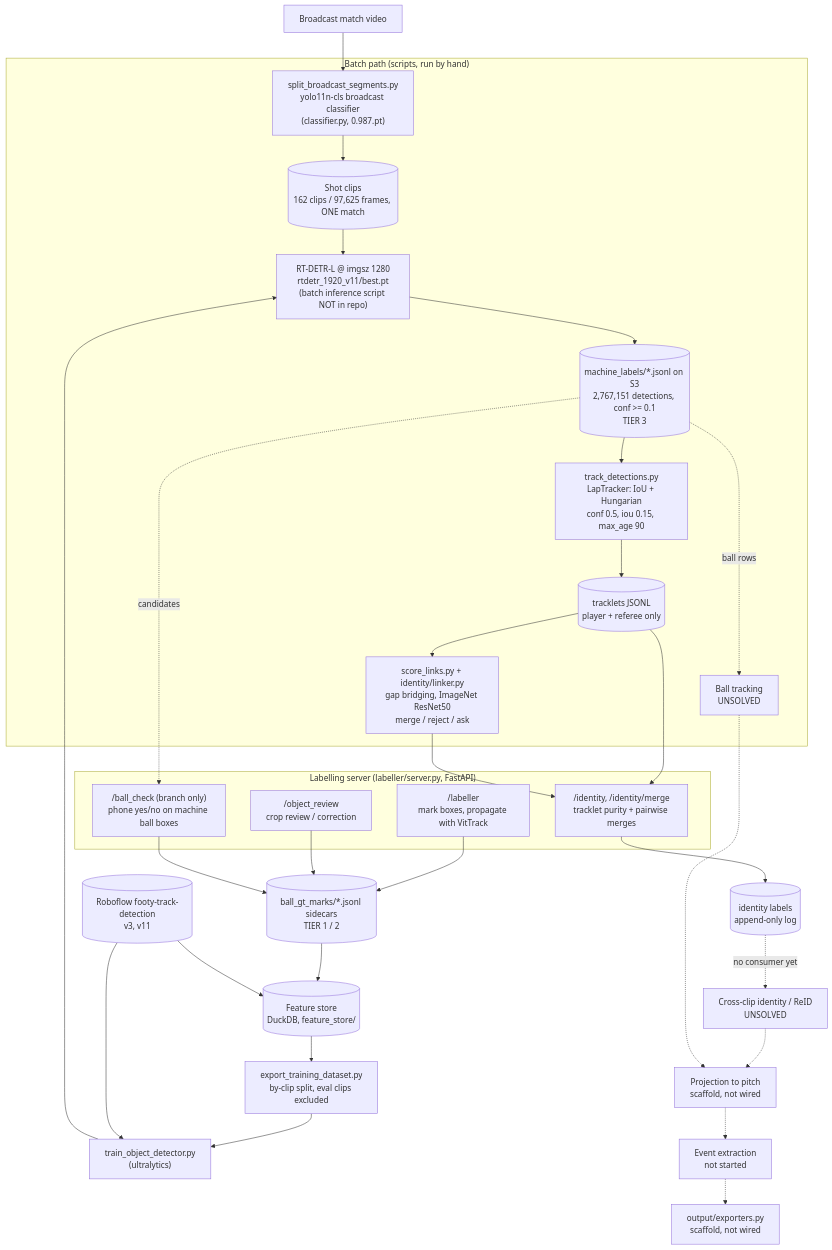
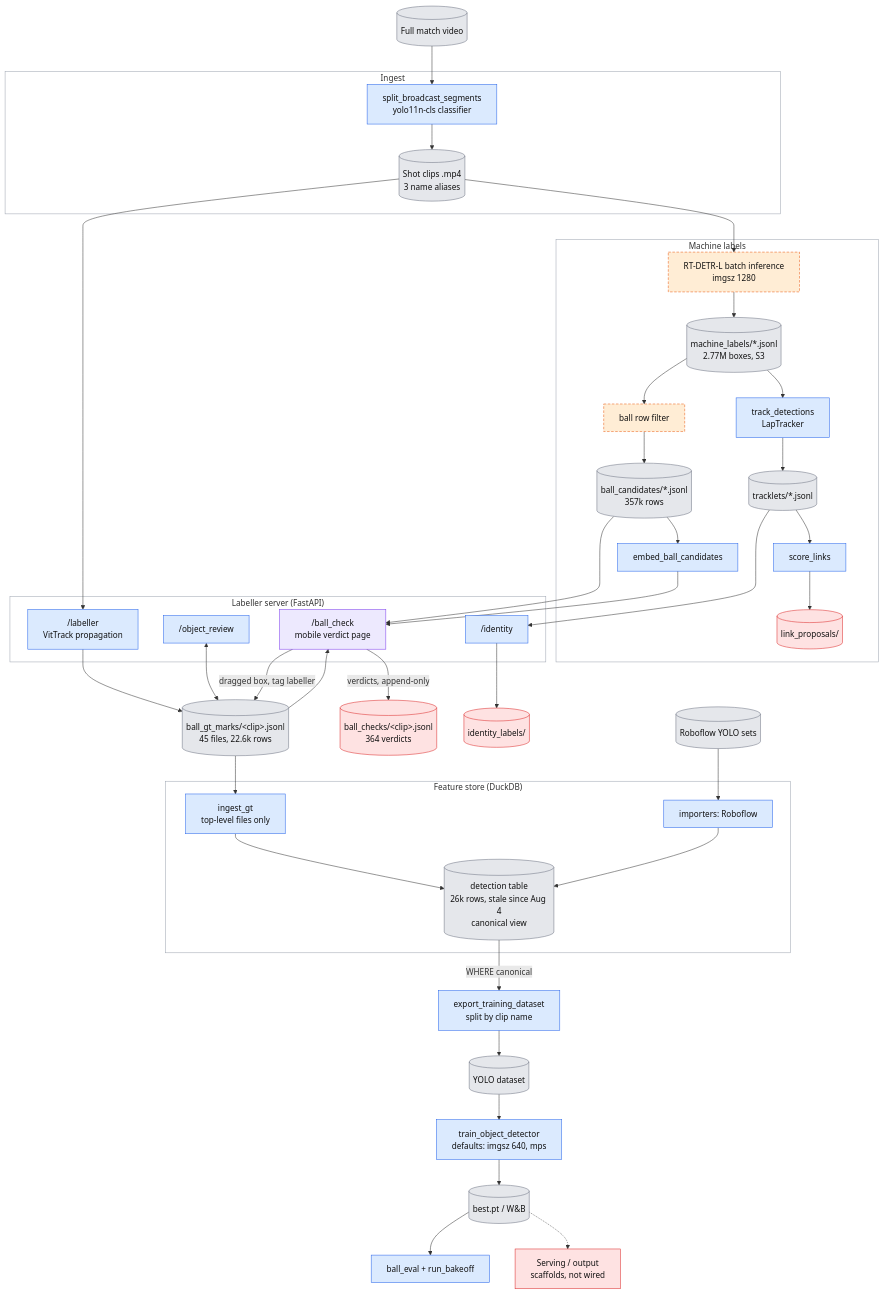
Before and after one commit to egroeg121/footy-track: the first of 2 diagrams in docs/architecture.md, drawn with Mermaid. The commit also changed other lines of this file and 11 other files, not shown here.

First line of the commit message:
docs: merge review into architecture page, add data and pipeline pages, fix ball mAP claim

````diff
--- a/docs/architecture.md
+++ b/docs/architecture.md
@@ -21,43 +28,78 @@
 ```mermaid
-flowchart TD
-    V[Broadcast match video] --> SEG
+flowchart TB
+  classDef code fill:#dbeafe,stroke:#2563eb,color:#111
+  classDef data fill:#e5e7eb,stroke:#6b7280,color:#111
+  classDef missing fill:#ffedd5,stroke:#ea580c,stroke-dasharray:5 3,color:#111
+  classDef dead fill:#fee2e2,stroke:#dc2626,color:#111
+  classDef bc fill:#ede9fe,stroke:#7c3aed,color:#111
 
-    subgraph OFFLINE["Batch path (scripts, run by hand)"]
-        SEG["split_broadcast_segments.py<br/>yolo11n-cls broadcast classifier<br/>(classifier.py, 0.987.pt)"]
-        SEG --> CLIPS[("Shot clips<br/>162 clips / 97,625 frames, ONE match")]
-        CLIPS --> DET["RT-DETR-L @ imgsz 1280<br/>rtdetr_1920_v11/best.pt<br/>(batch inference script NOT in repo)"]
-        DET --> ML[("machine_labels/*.jsonl on S3<br/>2,767,151 detections, conf >= 0.1<br/>TIER 3")]
-        ML --> TD["track_detections.py<br/>LapTracker: IoU + Hungarian<br/>conf 0.5, iou 0.15, max_age 90"]
-        TD --> TRK[("tracklets JSONL<br/>player + referee only")]
-        TRK --> SL["score_links.py + identity/linker.py<br/>gap bridging, ImageNet ResNet50<br/>merge / reject / ask"]
-        ML -. ball rows .-> BALL["Ball tracking<br/>UNSOLVED"]
-    end
+  VID[("Full match video")]:::data
 
-    subgraph HUMAN["Labelling server (labeller/server.py, FastAPI)"]
-        LAB["/labeller<br/>mark boxes, propagate with VitTrack"]
-        REV["/object_review<br/>crop review / correction"]
-        IDR["/identity, /identity/merge<br/>tracklet purity + pairwise merges"]
-        BC["/ball_check (branch only)<br/>phone yes/no on machine ball boxes"]
-    end
+  subgraph INGEST["Ingest"]
+    SEG["split_broadcast_segments<br/>yolo11n-cls classifier"]:::code
+    CLIPS[("Shot clips .mp4<br/>3 name aliases")]:::data
+  end
 
-    TRK --> IDR
-    SL --> IDR
-    ML -. candidates .-> BC
-    LAB --> GT[("ball_gt_marks/*.jsonl sidecars<br/>TIER 1 / 2")]
-    REV --> GT
-    BC --> GT
-    IDR --> IDL[("identity labels<br/>append-only log")]
+  subgraph MACHINE["Machine labels"]
+    RTD["RT-DETR-L batch inference<br/>imgsz 1280"]:::missing
+    ML[("machine_labels/*.jsonl<br/>2.77M boxes, S3")]:::data
+    FILT["ball row filter"]:::missing
+    CAND[("ball_candidates/*.jsonl<br/>357k rows")]:::data
+    EMB["embed_ball_candidates"]:::code
+    TRK["track_detections<br/>LapTracker"]:::code
+    TL[("tracklets/*.jsonl")]:::data
+    LINK["score_links"]:::code
+    LP[("link_proposals/")]:::dead
+  end
 
-    GT --> FS[("Feature store<br/>DuckDB, feature_store/")]
-    RF[("Roboflow footy-track-detection<br/>v3, v11")] --> FS
-    FS --> EXP["export_training_dataset.py<br/>by-clip split, eval clips excluded"]
-    EXP --> TR["train_object_detector.py<br/>(ultralytics)"]
-    RF --> TR
-    TR --> DET
+  subgraph LABEL["Labeller server (FastAPI)"]
+    LAB["/labeller<br/>VitTrack propagation"]:::code
+    REV["/object_review"]:::code
+    BC["/ball_check<br/>mobile verdict page"]:::bc
+    IDR["/identity"]:::code
+  end
 
-    IDL -. "no consumer yet" .-> REID["Cross-clip identity / ReID<br/>UNSOLVED"]
-    REID -.-> PROJ["Projection to pitch<br/>scaffold, not wired"]
-    BALL -.-> PROJ
-    PROJ -.-> EVT["Event extraction<br/>not started"]
-    EVT -.-> OUT["output/exporters.py<br/>scaffold, not wired"]
+  GT[("ball_gt_marks/&lt;clip&gt;.jsonl<br/>45 files, 22.6k rows")]:::data
+  VERD[("ball_checks/&lt;clip&gt;.jsonl<br/>364 verdicts")]:::dead
+  IDL[("identity_labels/")]:::dead
+
+  subgraph STORE["Feature store (DuckDB)"]
+    ING["ingest_gt<br/>top-level files only"]:::code
+    RFI["importers: Roboflow"]:::code
+    DB[("detection table<br/>26k rows, stale since Aug 4<br/>canonical view")]:::data
+  end
+
+  EXP["export_training_dataset<br/>split by clip name"]:::code
+  YOLO[("YOLO dataset")]:::data
+  TRAIN["train_object_detector<br/>defaults: imgsz 640, mps"]:::code
+  W[("best.pt / W&amp;B")]:::data
+  EVAL["ball_eval + run_bakeoff"]:::code
+  SERVE["Serving / output<br/>scaffolds, not wired"]:::dead
+
+  style INGEST fill:none,stroke:#9ca3af
+  style MACHINE fill:none,stroke:#9ca3af
+  style LABEL fill:none,stroke:#9ca3af
+  style STORE fill:none,stroke:#9ca3af
+
+  VID --> SEG --> CLIPS
+  CLIPS --> RTD --> ML
+  ML --> FILT --> CAND --> EMB
+  ML --> TRK --> TL
+  TL --> LINK --> LP
+  TL --> IDR --> IDL
+
+  CLIPS --> LAB
+  LAB --> GT
+  REV <--> GT
+  CAND --> BC
+  GT --> BC
+  EMB --> BC
+  BC -- "verdicts, append-only" --> VERD
+  BC -- "dragged box, tag labeller" --> GT
+
+  GT --> ING --> DB
+  RF[("Roboflow YOLO sets")]:::data --> RFI --> DB
+  DB -- "WHERE canonical" --> EXP --> YOLO --> TRAIN --> W
+  W --> EVAL
+  W -.-> SERVE
 ```
````
